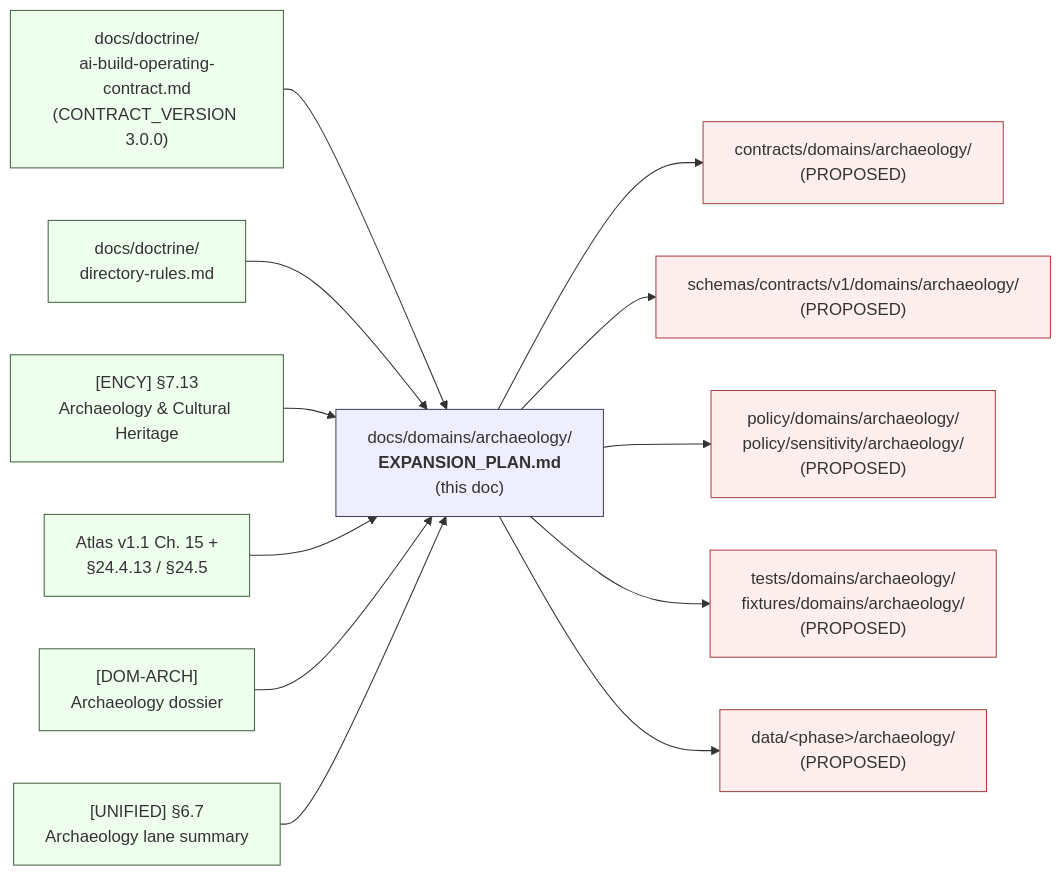
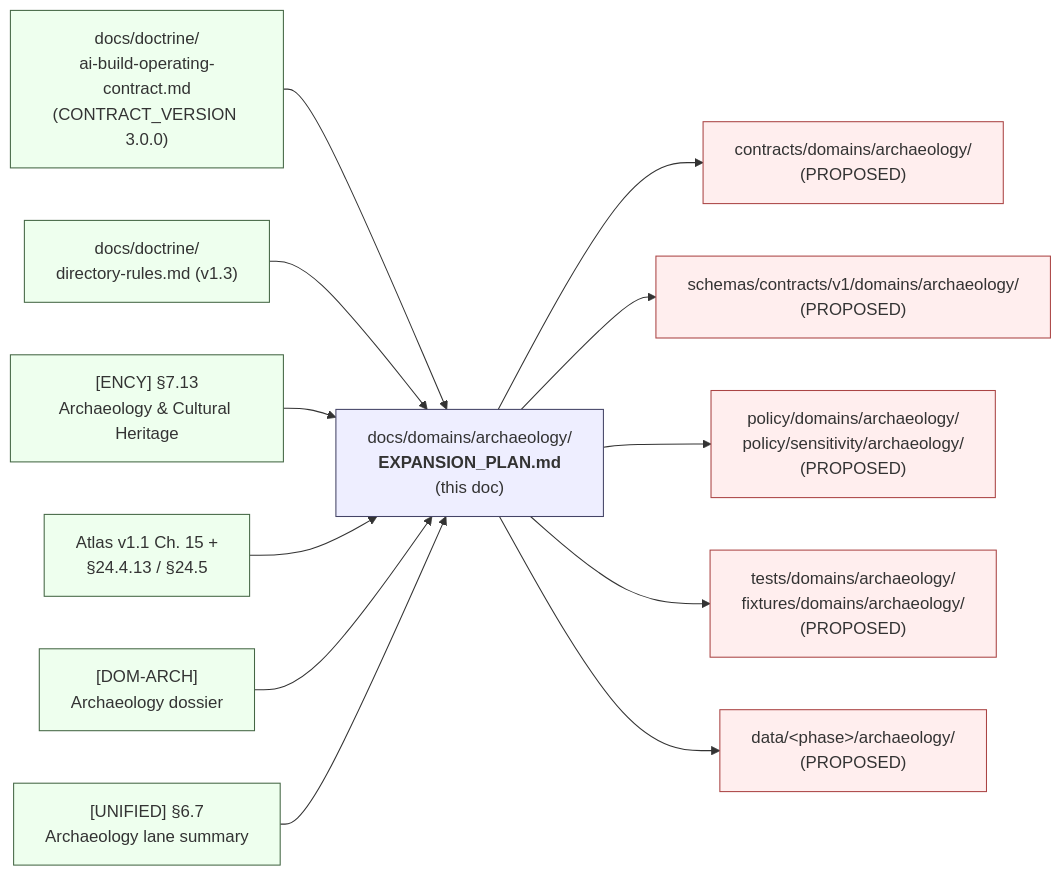
Before and after one commit to bartytime4life/Kansas-Frontier-Matrix: the first of 5 diagrams in docs/domains/archaeology/EXPANSION_PLAN.md, drawn with Mermaid. The commit also changed other lines of this file, not shown here.

````diff
--- a/docs/domains/archaeology/EXPANSION_PLAN.md
+++ b/docs/domains/archaeology/EXPANSION_PLAN.md
@@ -115,34 +123,34 @@
 ```mermaid
 flowchart LR
   classDef root fill:#eef,stroke:#446;
   classDef doc fill:#efe,stroke:#464;
   classDef lane fill:#fee,stroke:#a44;
 
-  DR["docs/doctrine/<br/>directory-rules.md"]:::doc
+  DR["docs/doctrine/<br/>directory-rules.md (v1.3)"]:::doc
   OC["docs/doctrine/<br/>ai-build-operating-contract.md<br/>(CONTRACT_VERSION 3.0.0)"]:::doc
   ENC["[ENCY] §7.13<br/>Archaeology &amp; Cultural Heritage"]:::doc
   ATL["Atlas v1.1 Ch. 15 +<br/>§24.4.13 / §24.5"]:::doc
   DOMARCH["[DOM-ARCH]<br/>Archaeology dossier"]:::doc
   ROAD["[UNIFIED] §6.7<br/>Archaeology lane summary"]:::doc
 
   THIS["docs/domains/archaeology/<br/><b>EXPANSION_PLAN.md</b><br/>(this doc)"]:::root
 
   CONTRACTS["contracts/domains/archaeology/<br/>(PROPOSED)"]:::lane
   SCHEMAS["schemas/contracts/v1/domains/archaeology/<br/>(PROPOSED)"]:::lane
   POLICY["policy/domains/archaeology/<br/>policy/sensitivity/archaeology/<br/>(PROPOSED)"]:::lane
   TESTS["tests/domains/archaeology/<br/>fixtures/domains/archaeology/<br/>(PROPOSED)"]:::lane
   DATA["data/&lt;phase&gt;/archaeology/<br/>(PROPOSED)"]:::lane
 
   OC --> THIS
   DR --> THIS
   ENC --> THIS
   ATL --> THIS
   DOMARCH --> THIS
   ROAD --> THIS
 
   THIS --> CONTRACTS
   THIS --> SCHEMAS
   THIS --> POLICY
   THIS --> TESTS
   THIS --> DATA
 ```
````
